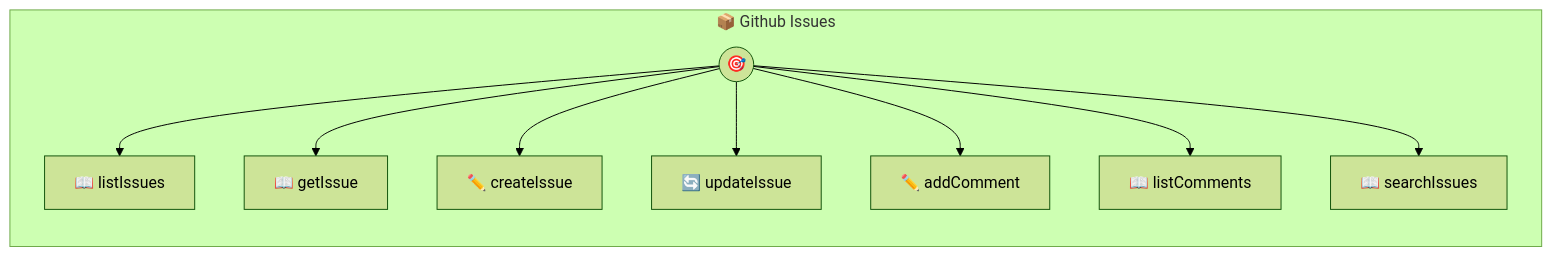
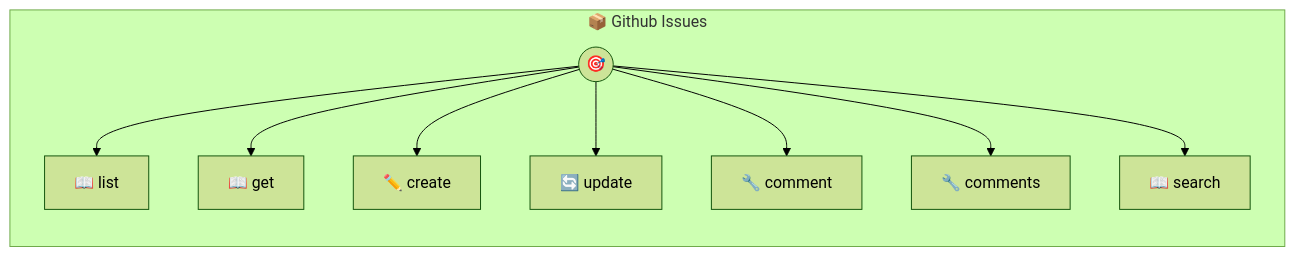
One commit to portel-dev/photons changed the diagram in github-issues.md. Above: the diagram before and after it, drawn with Mermaid (forest theme). The commit also changed other lines of this file and 17 other files, not shown here.

````diff
--- a/github-issues.md
+++ b/github-issues.md
@@ -171,21 +165,21 @@
 ```mermaid
 flowchart LR
     subgraph github_issues["📦 Github Issues"]
         direction TB
         PHOTON((🎯))
-        T0[📖 listIssues]
+        T0[📖 list]
         PHOTON --> T0
-        T1[📖 getIssue]
+        T1[📖 get]
         PHOTON --> T1
-        T2[✏️ createIssue]
+        T2[✏️ create]
         PHOTON --> T2
-        T3[🔄 updateIssue]
+        T3[🔄 update]
         PHOTON --> T3
-        T4[✏️ addComment]
+        T4[🔧 comment]
         PHOTON --> T4
-        T5[📖 listComments]
+        T5[🔧 comments]
         PHOTON --> T5
-        T6[📖 searchIssues]
+        T6[📖 search]
         PHOTON --> T6
     end
 ```
````
